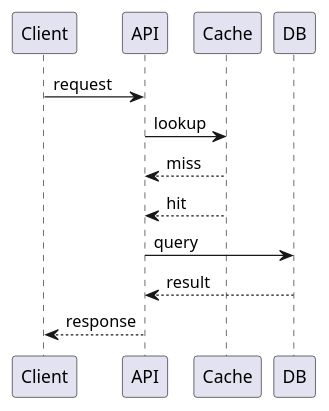
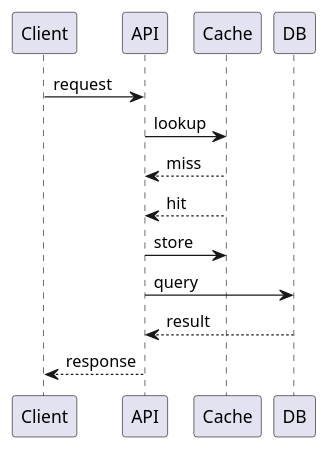
One commit to Buffden/diagram-sync changed the diagram in docs/providers/plantuml/system.puml. Above: the diagram before and after it, drawn with PlantUML. The commit also changed 7 other files, not shown here.

First line of the commit message:
Rework sample diagrams to exercise the CI workflow

```diff
--- a/docs/providers/plantuml/system.puml
+++ b/docs/providers/plantuml/system.puml
@@ -1,10 +1,11 @@
 @startuml
-' v3
+' v4
 Client -> API : request
 API -> Cache : lookup
 Cache --> API : miss
 Cache --> API : hit
+API -> Cache : store
 API -> DB : query
 DB --> API : result
 API --> Client : response
 @enduml
```
